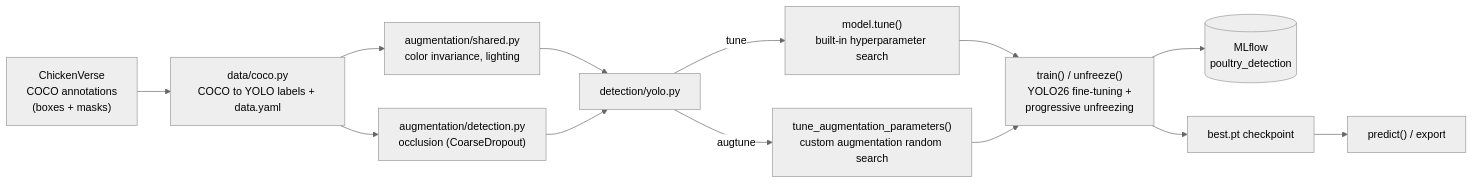
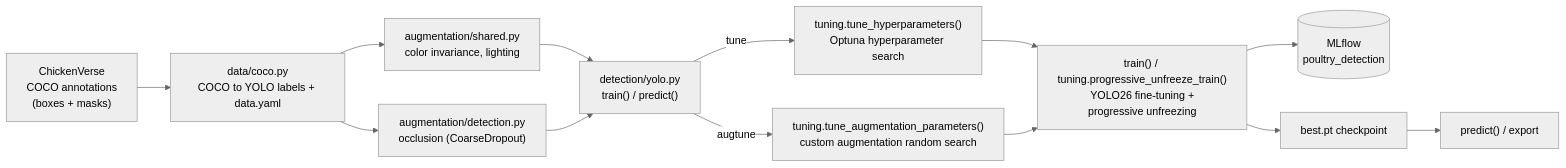
One commit to Risslock/cv_portfolio changed the diagram in poultry_monitoring/README.md. Above: the diagram before and after it, drawn with Mermaid (neutral theme). The commit also changed other lines of this file and 14 other files, not shown here.

````diff
--- a/poultry_monitoring/README.md
+++ b/poultry_monitoring/README.md
@@ -71,15 +71,15 @@
 ```mermaid
 flowchart LR
     A["ChickenVerse<br/>COCO annotations<br/>(boxes + masks)"] --> B["data/coco.py<br/>COCO to YOLO labels + data.yaml"]
     B --> C["augmentation/shared.py<br/>color invariance, lighting"]
     B --> D["augmentation/detection.py<br/>occlusion (CoarseDropout)"]
-    C --> E["detection/yolo.py"]
+    C --> E["detection/yolo.py<br/>train() / predict()"]
     D --> E
-    E -->|tune| F["model.tune()<br/>built-in hyperparameter search"]
-    E -->|augtune| G["tune_augmentation_parameters()<br/>custom augmentation random search"]
-    F --> H["train() / unfreeze()<br/>YOLO26 fine-tuning +<br/>progressive unfreezing"]
+    E -->|tune| F["tuning.tune_hyperparameters()<br/>Optuna hyperparameter search"]
+    E -->|augtune| G["tuning.tune_augmentation_parameters()<br/>custom augmentation random search"]
+    F --> H["train() / tuning.progressive_unfreeze_train()<br/>YOLO26 fine-tuning +<br/>progressive unfreezing"]
     G --> H
     H --> I[("MLflow<br/>poultry_detection")]
     H --> J["best.pt checkpoint"]
     J --> K["predict() / export"]
 ```
````
